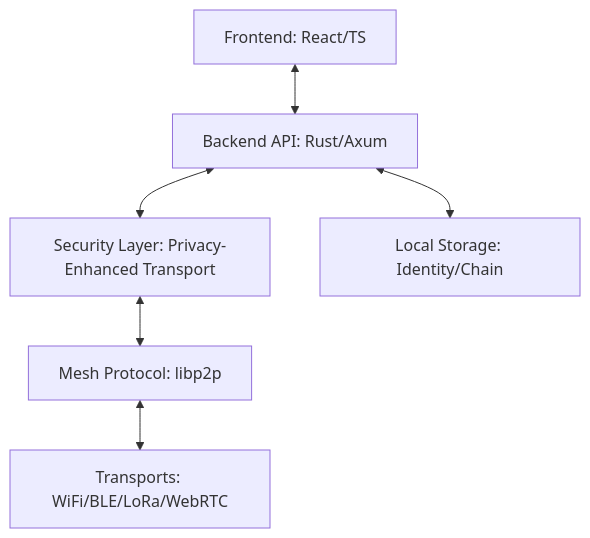
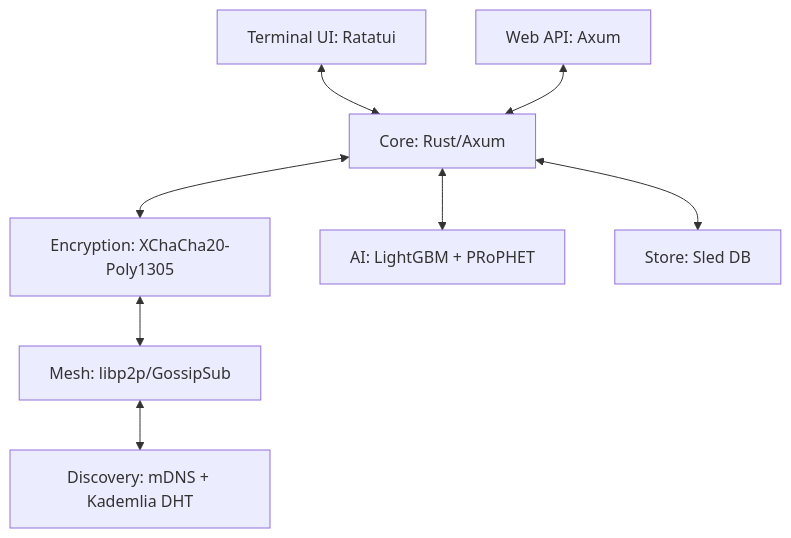
One commit to Phantomojo/GhostWire-secure-mesh-communication changed the diagram in README.md. Above: the diagram before and after it, drawn with Mermaid. The commit also changed other lines of this file and 1 other file, not shown here.

````diff
--- a/README.md
+++ b/README.md
@@ -122,8 +132,10 @@
 ```mermaid
 graph TD
-    A[Frontend: React/TS] <--> B[Backend API: Rust/Axum]
-    B <--> C[Security Layer: Privacy-Enhanced Transport]
-    C <--> D[Mesh Protocol: libp2p]
-    D <--> E[Transports: WiFi/BLE/LoRa/WebRTC]
-    B <--> F[Local Storage: Identity/Chain]
+    A[Terminal UI: Ratatui] <--> B[Core: Rust/Axum]
+    A2[Web API: Axum] <--> B
+    B <--> C[Encryption: XChaCha20-Poly1305]
+    C <--> D[Mesh: libp2p/GossipSub]
+    D <--> E[Discovery: mDNS + Kademlia DHT]
+    B <--> F[AI: LightGBM + PRoPHET]
+    B <--> G[Store: Sled DB]
 ```
````
